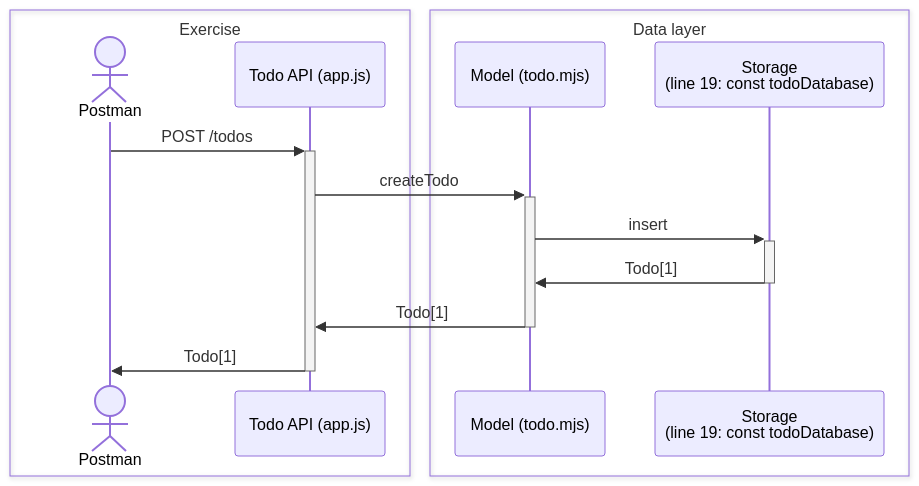
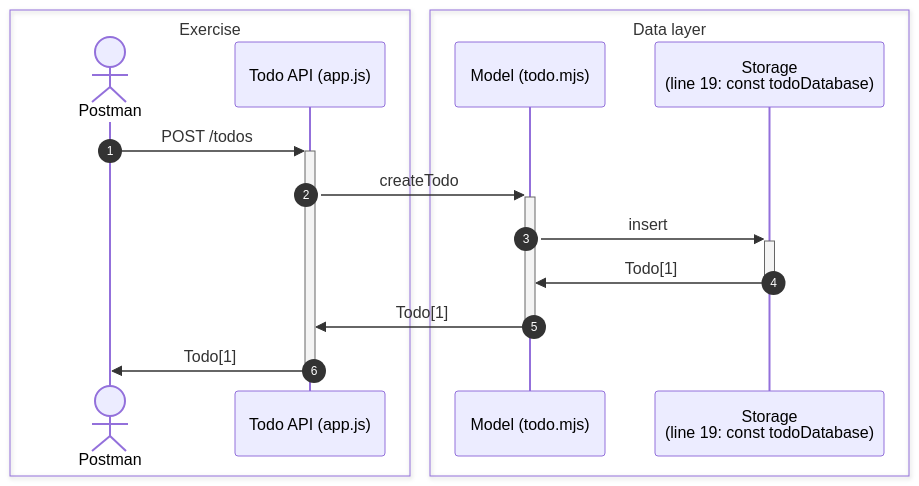
Before and after one commit to scallops-cloud/nodejs-basic-course: the diagram in 05-crud-rest-api/exercises/05-02-todo-create/README.md, drawn with Mermaid.

Commit message:
Yak shaving

````diff
--- a/05-crud-rest-api/exercises/05-02-todo-create/README.md
+++ b/05-crud-rest-api/exercises/05-02-todo-create/README.md
@@ -7,18 +7,19 @@
 ```mermaid
 sequenceDiagram
-   box Exercise
-      Actor P AS Postman
-      participant A AS Todo API (app.js)
-   end
-   box Data layer
-      participant M AS Model (todo.mjs)
-      participant D AS Storage<br/>(line 19: const todoDatabase)
-   end
+  box Exercise
+   Actor P AS Postman
+   participant A AS Todo API (app.js)
+  end
+  box Data layer
+   participant M AS Model (todo.mjs)
+   participant D AS Storage<br/>(line 19: const todoDatabase)
+  end
 
-   P->>+A: POST /todos
-   A->>+M: createTodo
-   M->>+D: insert
-   D->>-M: Todo[1]
-   M->>-A: Todo[1]
-   A->>-P: Todo[1]
+  autonumber
+  P->>+A: POST /todos
+  A->>+M: createTodo
+  M->>+D: insert
+  D->>-M: Todo[1]
+  M->>-A: Todo[1]
+  A->>-P: Todo[1]
 ```
````
